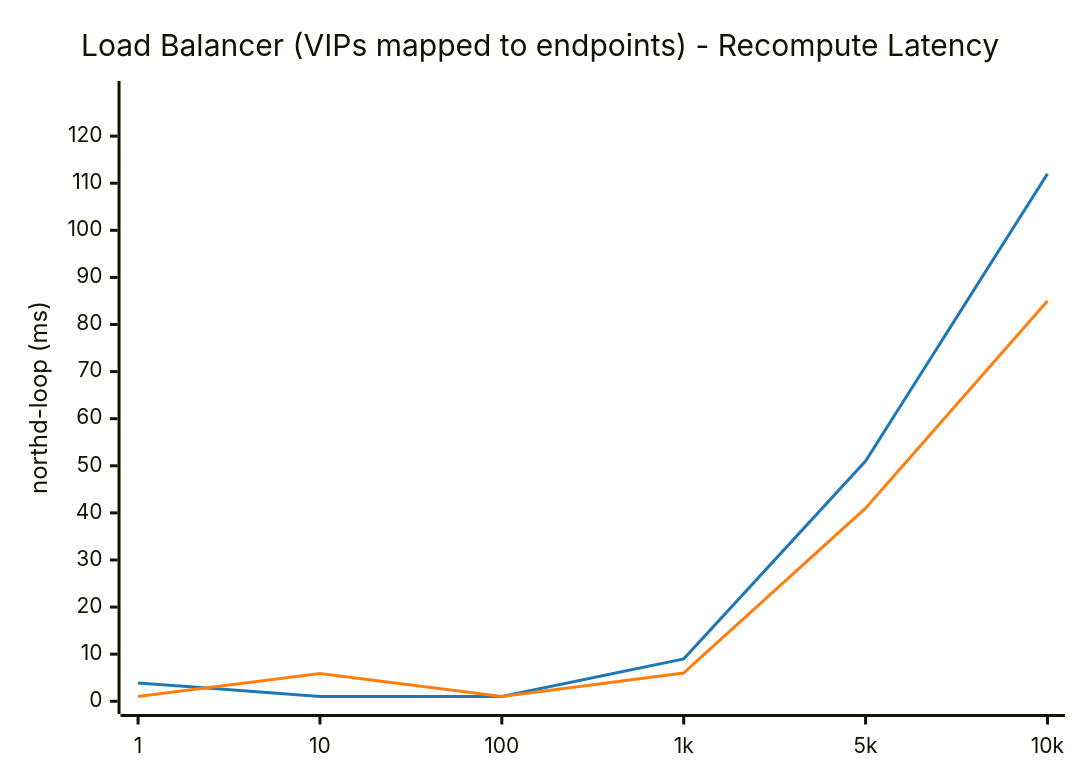
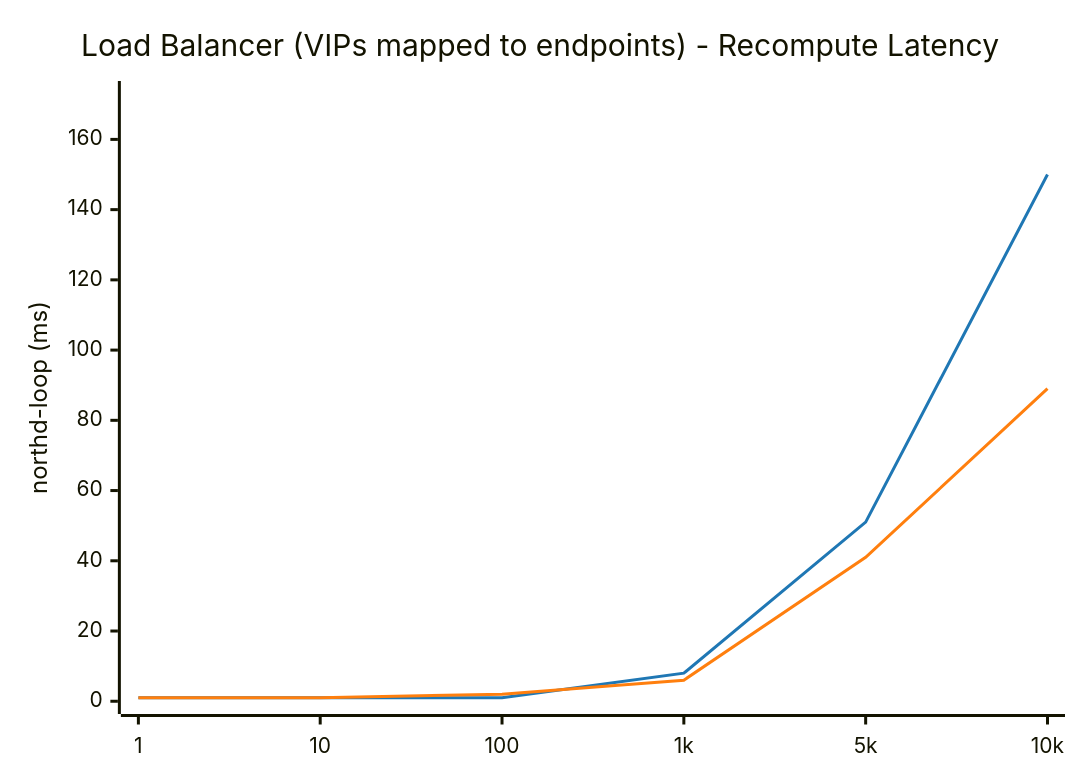
The ninth of 14 diagrams in results/BENCHMARK_REPORT.md (LionelJouin/ovs-ovn-bench), drawn with Mermaid before and after one commit. The commit also changed other lines of this file and 4 other files, not shown here.

````diff
--- a/results/BENCHMARK_REPORT.md
+++ b/results/BENCHMARK_REPORT.md
@@ -470,14 +476,14 @@
 ```mermaid
 ---
 config:
     themeVariables:
         xyChart:
             plotColorPalette: "#1f77b4, #ff7f0e"
 ---
 xychart-beta
     title "Load Balancer (VIPs mapped to endpoints) - Recompute Latency"
     x-axis ["1", "10", "100", "1k", "5k", "10k"]
-    y-axis "northd-loop (ms)" 0 --> 129
-    line "glibc malloc" [3.9, 1.0, 1.0, 9.0, 51.0, 112.0]
-    line "jemalloc" [1.0, 5.9, 1.0, 6.0, 41.0, 85.0]
+    y-axis "northd-loop (ms)" 0 --> 173
+    line "glibc malloc" [1.0, 1.0, 1.0, 8.0, 51.0, 150.0]
+    line "jemalloc" [1.0, 1.0, 2.0, 6.0, 41.0, 89.0]
 ```
````
